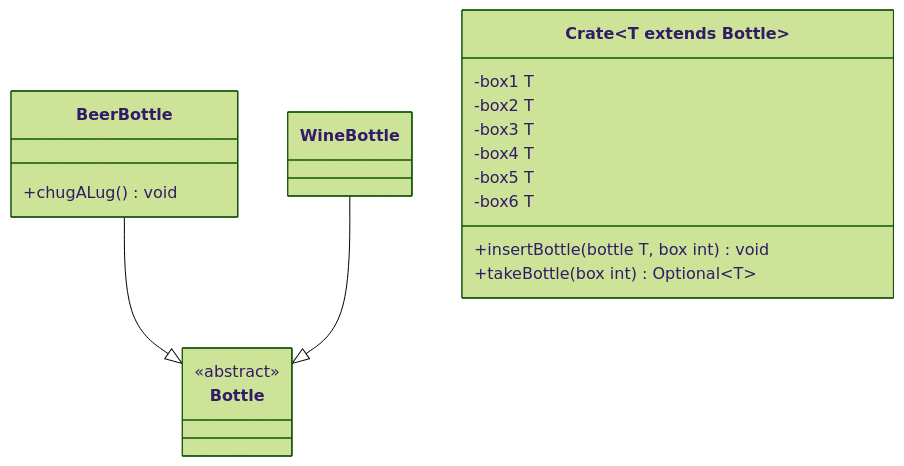
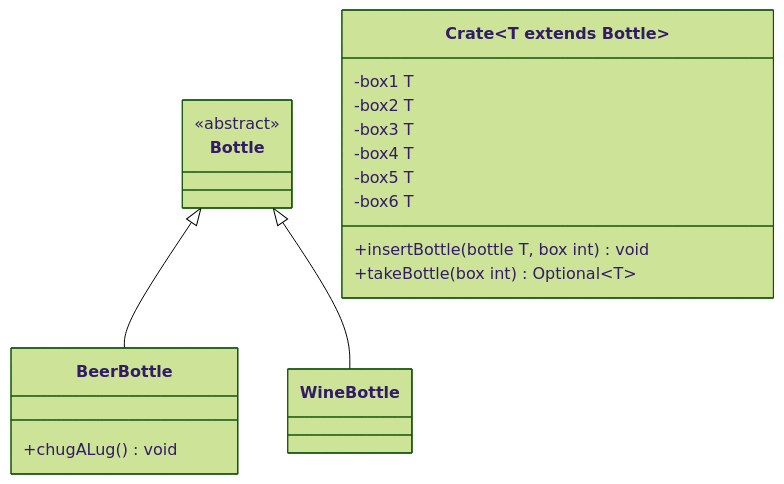
Before and after one commit to jappuccini/java-docs: the diagram in docs/exercises/optionals/optionals03.md, drawn with Mermaid (forest theme).

````diff
--- a/docs/exercises/optionals/optionals03.md
+++ b/docs/exercises/optionals/optionals03.md
@@ -10,28 +10,28 @@
 ```mermaid
 classDiagram
-    BeerBottle --|> Bottle
-    WineBottle --|> Bottle
+    Bottle <|-- BeerBottle
+    Bottle <|-- WineBottle
 
     class Crate~T extends Bottle~ {
         -box1 T
         -box2 T
         -box3 T
         -box4 T
         -box5 T
         -box6 T
         +insertBottle(bottle T, box int) void
         +takeBottle(box int) Optional~T~
     }
 
     class Bottle {
         <<abstract>>
     }
 
     class BeerBottle {
         +chugALug() void
     }
 
     class WineBottle {
 
     }
 ```
````
